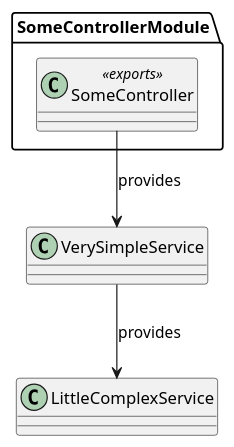
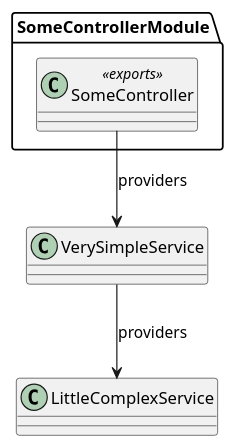
Before and after one commit to KentarouTakeda/blog: the sixth of 7 diagrams in source/_posts/2024-05-09-nestjs-module-system-best-plactice.md, drawn with PlantUML. The commit also changed other lines of this file, not shown here.

Commit message:
`provides` を `providers` に指定し前後の表現を調整

````diff
--- a/source/_posts/2024-05-09-nestjs-module-system-best-plactice.md
+++ b/source/_posts/2024-05-09-nestjs-module-system-best-plactice.md
@@ -354,11 +354,11 @@
 ```plantuml
 package SomeControllerModule {
   class SomeController <<exports>>
 }
 
 class VerySimpleService
 class LittleComplexService
 
-SomeController -d-> VerySimpleService : provides
-VerySimpleService -d-> LittleComplexService : provides
+SomeController -d-> VerySimpleService : providers
+VerySimpleService -d-> LittleComplexService : providers
 ```
````
